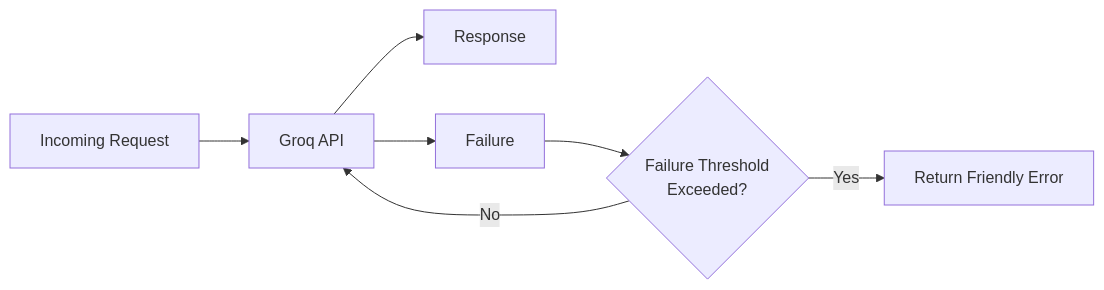
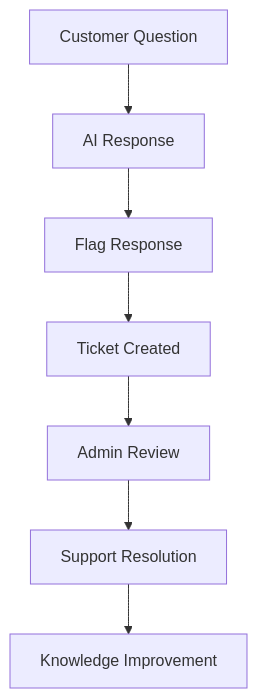
Before and after one commit to Prithunandananks/SupportAI: diagram 19 of 30 in support_ai_project_architecture.md, drawn with Mermaid. The commit also changed other lines of this file, not shown here.

````diff
--- a/support_ai_project_architecture.md
+++ b/support_ai_project_architecture.md
@@ -1243,27 +2350,29 @@
 ```mermaid
-flowchart LR
+flowchart TD
 
-Request["Incoming Request"]
+Question["Customer Question"]
 
-Groq["Groq API"]
+AI["AI Response"]
 
-Success["Response"]
+Flag["Flag Response"]
 
-Failure["Failure"]
+Ticket["Ticket Created"]
 
-Breaker{"Failure Threshold<br/>Exceeded?"}
+Admin["Admin Review"]
 
-Fallback["Return Friendly Error"]
+Resolution["Support Resolution"]
 
-Request --> Groq
+Knowledge["Knowledge Improvement"]
 
-Groq --> Success
+Question --> AI
 
-Groq --> Failure
+AI --> Flag
 
-Failure --> Breaker
+Flag --> Ticket
 
-Breaker -- No --> Groq
+Ticket --> Admin
 
-Breaker -- Yes --> Fallback
+Admin --> Resolution
+
+Resolution --> Knowledge
 ```
````
